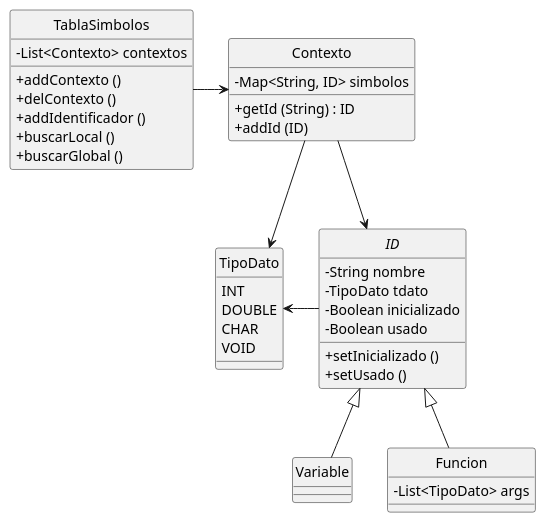
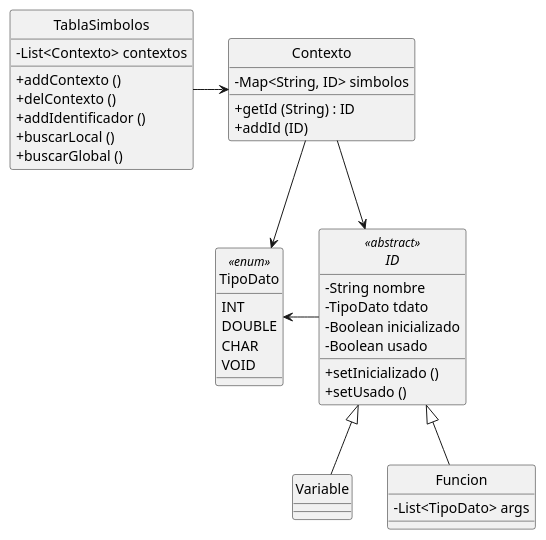
The diagram in TablaSimbolos.puml (meschoyez/pycc2024), drawn with PlantUML before and after one commit. The commit also changed 3 other files, not shown here.

```diff
--- a/TablaSimbolos.puml
+++ b/TablaSimbolos.puml
@@ -1,50 +1,50 @@
 @startuml TablaSimbolos
 
 skinparam ClassAttributeIconSize 0
 hide circle
 
 class TablaSimbolos {
     - List<Contexto> contextos
     + addContexto ()
     + delContexto ()
     + addIdentificador ()
     + buscarLocal ()
     + buscarGlobal ()
 }
 
 class Contexto {
     - Map<String, ID> simbolos
     + getId (String) : ID
     + addId (ID) 
 }
 
-abstract class ID {
+abstract class ID <<abstract>> {
     - String nombre
     - TipoDato tdato
     - Boolean inicializado
     - Boolean usado
     + setInicializado ()
     + setUsado ()
 }
 
-enum TipoDato {
+enum TipoDato <<enum>> {
     INT
     DOUBLE
     CHAR
     VOID
 }
 
 class Variable
 
 class Funcion {
     - List<TipoDato> args
 }
 
 TablaSimbolos -> Contexto
 Contexto --> ID
 ID <|-- Variable
 ID <|-- Funcion
 TipoDato <- ID
 Contexto --> TipoDato
 
 @enduml
```
